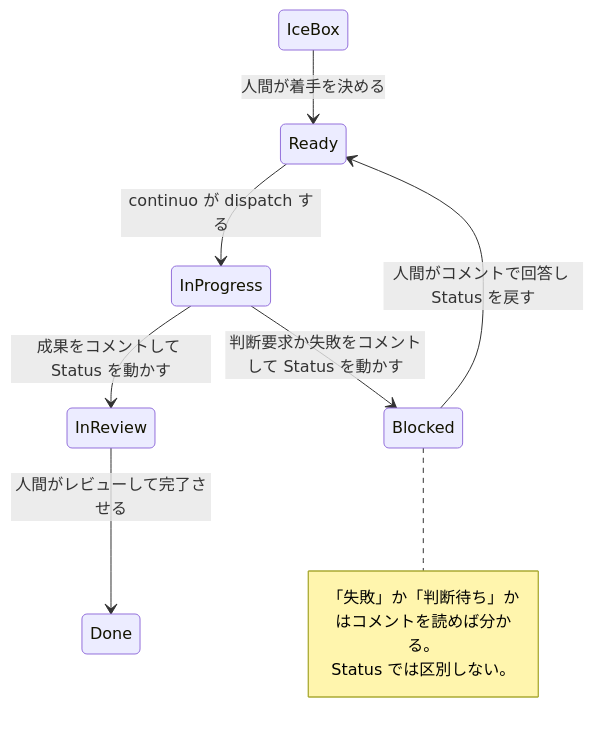
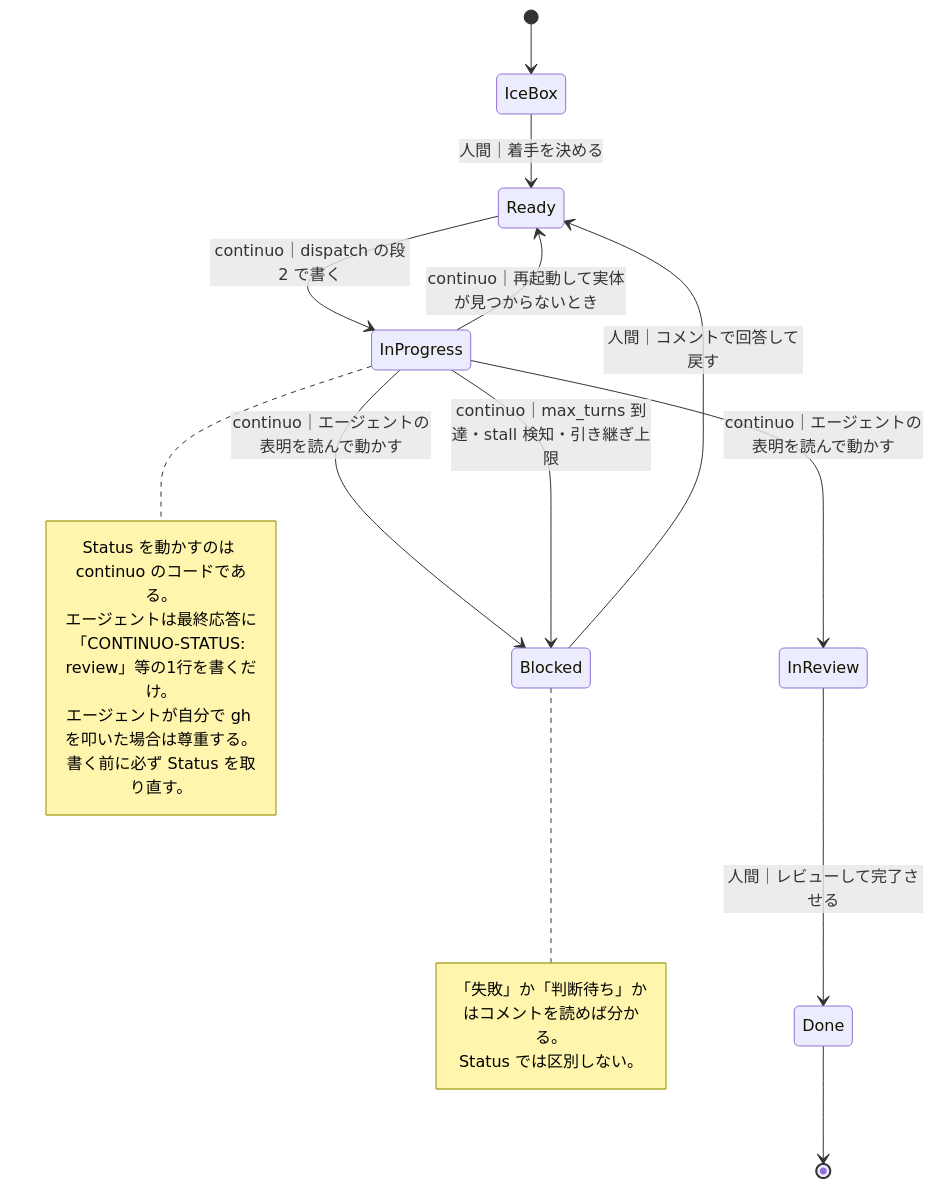
One commit to maimuzo/continuo changed the sixth of 6 diagrams in docs/plans/continuo_design.md. Above: the diagram before and after it, drawn with Mermaid. The commit also changed other lines of this file and 63 other files, not shown here.

````diff
--- a/docs/plans/continuo_design.md
+++ b/docs/plans/continuo_design.md
@@ -603,13 +2302,24 @@
 ```mermaid
 stateDiagram-v2
-    IceBox --> Ready: 人間が着手を決める
-    Ready --> InProgress: continuo が dispatch する
-    InProgress --> InReview: 成果をコメントして Status を動かす
-    InProgress --> Blocked: 判断要求か失敗をコメントして Status を動かす
-    Blocked --> Ready: 人間がコメントで回答し Status を戻す
-    InReview --> Done: 人間がレビューして完了させる
+    [*] --> IceBox
+    IceBox --> Ready: 人間｜着手を決める
+    Ready --> InProgress: continuo｜dispatch の段2 で書く
+    InProgress --> InReview: continuo｜エージェントの表明を読んで動かす
+    InProgress --> Blocked: continuo｜エージェントの表明を読んで動かす
+    InProgress --> Blocked: continuo｜max_turns 到達・stall 検知・引き継ぎ上限
+    InProgress --> Ready: continuo｜再起動して実体が見つからないとき
+    Blocked --> Ready: 人間｜コメントで回答して戻す
+    InReview --> Done: 人間｜レビューして完了させる
+    Done --> [*]
+    note right of InProgress
+        Status を動かすのは continuo のコードである。
+        エージェントは最終応答に
+        「CONTINUO-STATUS: review」等の1行を書くだけ。
+        エージェントが自分で gh を叩いた場合は尊重する。
+        書く前に必ず Status を取り直す。
+    end note
     note right of Blocked
         「失敗」か「判断待ち」かはコメントを読めば分かる。
         Status では区別しない。
     end note
 ```
````
